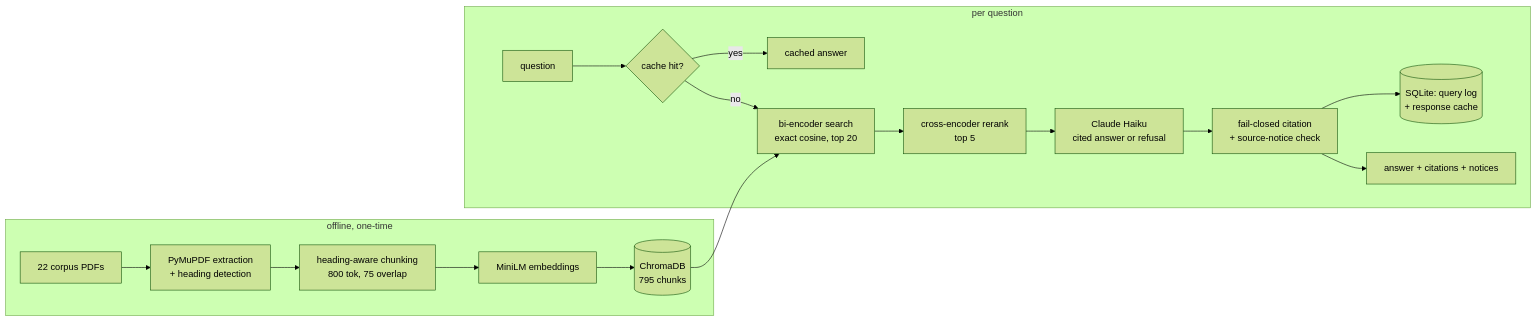
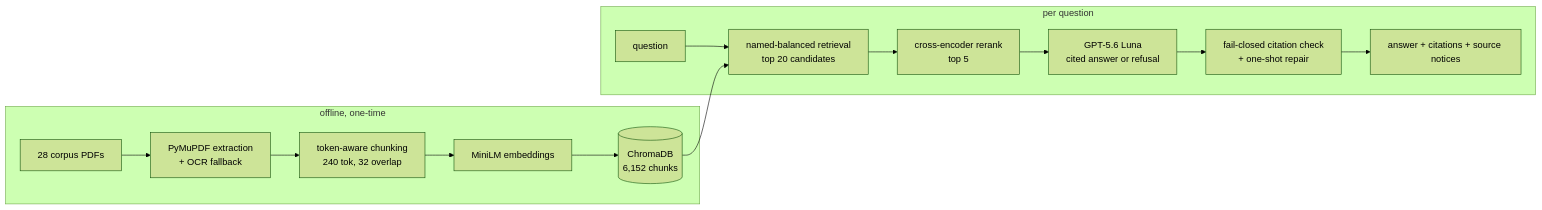
Before and after one commit to Aakashanil67/regrag-sa-finance: the diagram in README.md, drawn with Mermaid (forest theme). The commit also changed other lines of this file and 1 other file, not shown here.

````diff
--- a/README.md
+++ b/README.md
@@ -120,21 +63,18 @@
 ```mermaid
 flowchart LR
     subgraph offline["offline, one-time"]
-        PDF[22 corpus PDFs] --> Extract["PyMuPDF extraction<br/>+ heading detection"]
-        Extract --> Chunk["heading-aware chunking<br/>800 tok, 75 overlap"]
+        PDF[28 corpus PDFs] --> Extract["PyMuPDF extraction<br/>+ OCR fallback"]
+        Extract --> Chunk["token-aware chunking<br/>240 tok, 32 overlap"]
         Chunk --> Embed["MiniLM embeddings"]
-        Embed --> DB[(ChromaDB<br/>795 chunks)]
+        Embed --> DB[(ChromaDB<br/>6,152 chunks)]
     end
 
     subgraph online["per question"]
-        Q[question] --> C{cache hit?}
-        C -->|yes| Cached[cached answer]
-        C -->|no| Bi["bi-encoder search<br/>exact cosine, top 20"]
-        DB --> Bi
-        Bi --> Rerank["cross-encoder rerank<br/>top 5"]
-        Rerank --> LLM["Claude Haiku<br/>cited answer or refusal"]
-        LLM --> Verify["fail-closed citation<br/>+ source-notice check"]
-        Verify --> Log[(SQLite: query log<br/>+ response cache)]
-        Verify --> Answer[answer + citations + notices]
+        Q[question] --> Retrieve["named-balanced retrieval<br/>top 20 candidates"]
+        DB --> Retrieve
+        Retrieve --> Rerank["cross-encoder rerank<br/>top 5"]
+        Rerank --> LLM["GPT-5.6 Luna<br/>cited answer or refusal"]
+        LLM --> Verify["fail-closed citation check<br/>+ one-shot repair"]
+        Verify --> Answer[answer + citations + source notices]
     end
 ```
````
